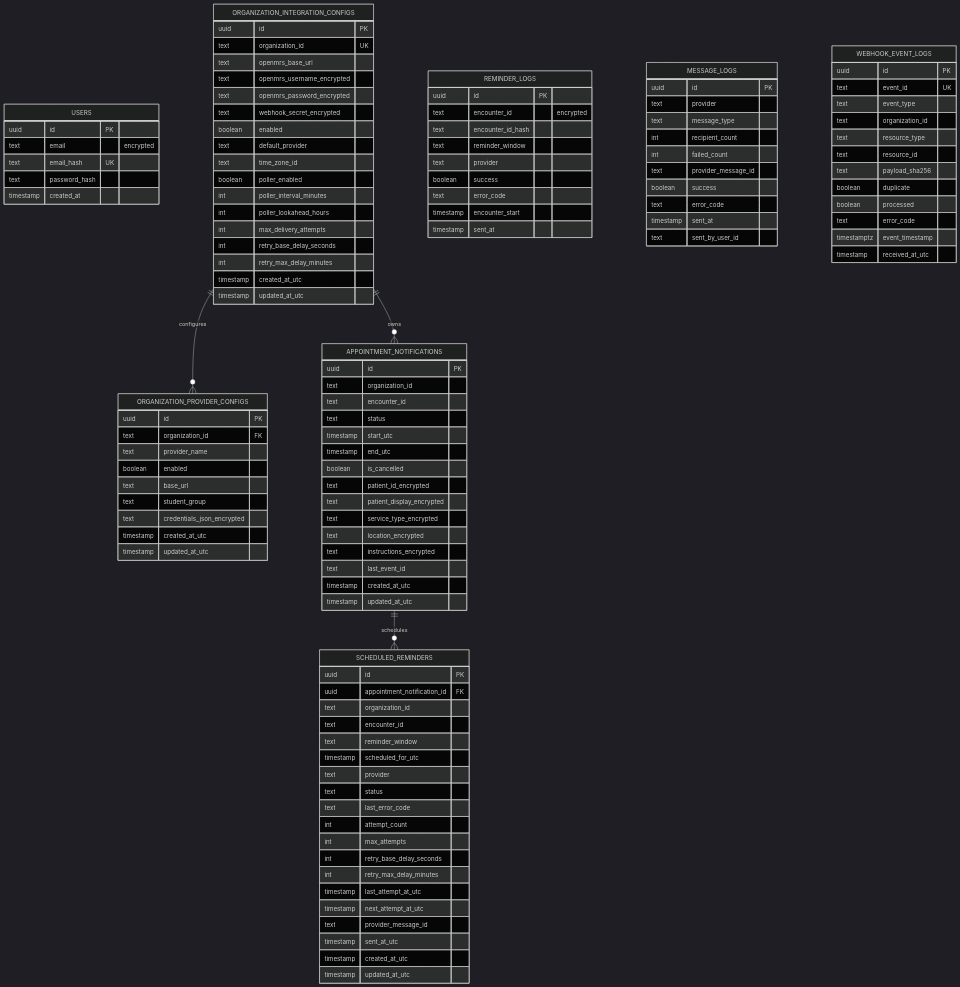
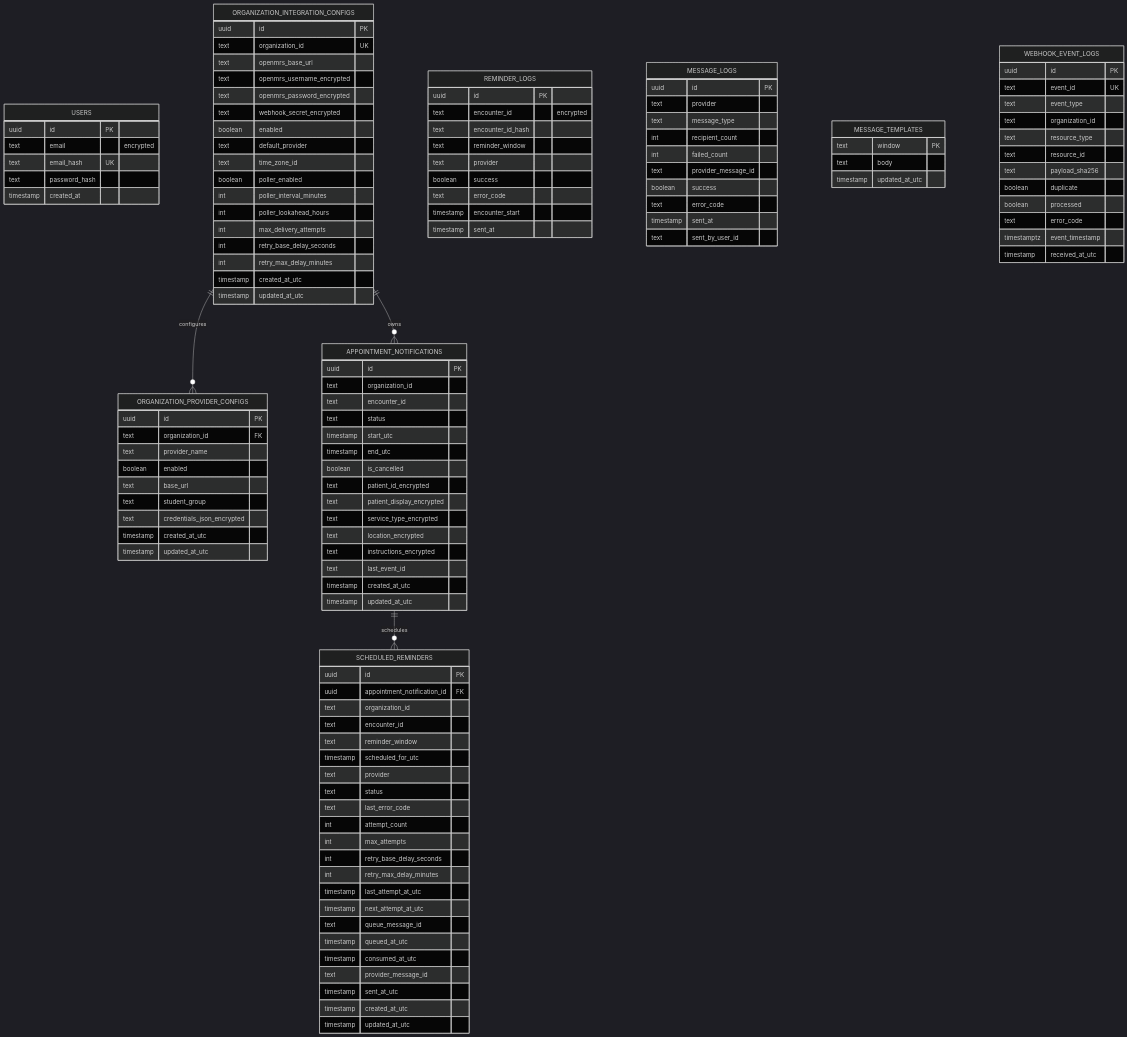
Before and after one commit to Rishyansyal/OpenMRSmoduleBackend: the diagram in docs/c4/08-er-diagram.md, drawn with Mermaid (dark theme). The commit also changed 8 other files, not shown here.

```diff
--- a/docs/c4/08-er-diagram.md
+++ b/docs/c4/08-er-diagram.md
@@ -78,6 +78,9 @@
         int retry_max_delay_minutes
         timestamp last_attempt_at_utc
         timestamp next_attempt_at_utc
+        text queue_message_id
+        timestamp queued_at_utc
+        timestamp consumed_at_utc
         text provider_message_id
         timestamp sent_at_utc
         timestamp created_at_utc
@@ -109,6 +112,12 @@
         text sent_by_user_id
     }
 
+    MESSAGE_TEMPLATES {
+        text window PK
+        text body
+        timestamp updated_at_utc
+    }
+
     WEBHOOK_EVENT_LOGS {
         uuid id PK
         text event_id UK
```
